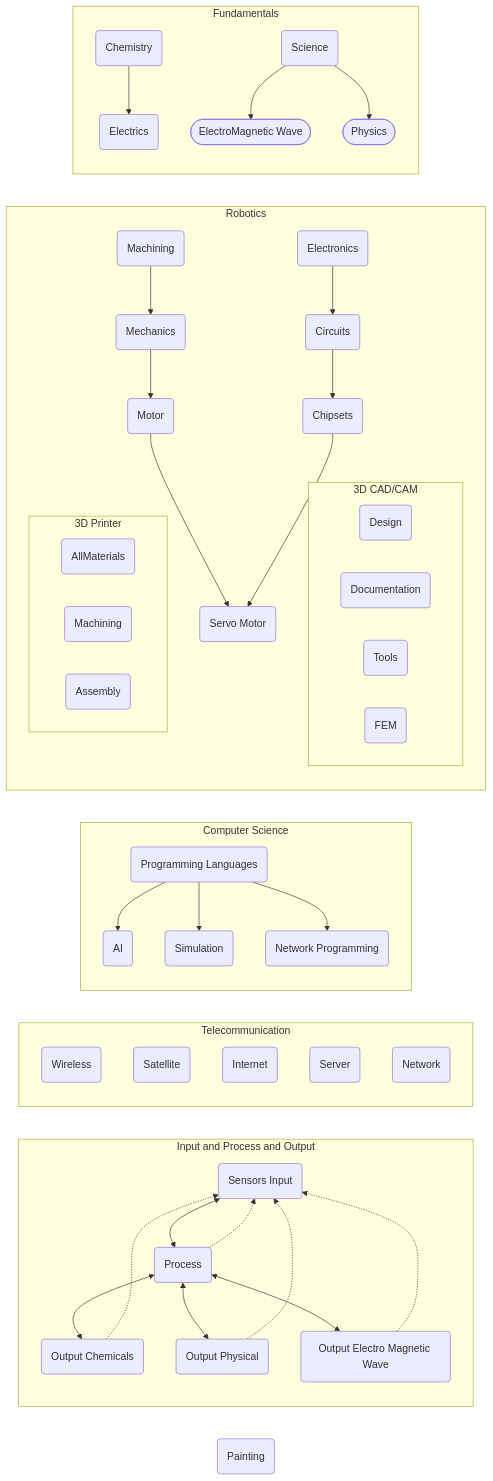
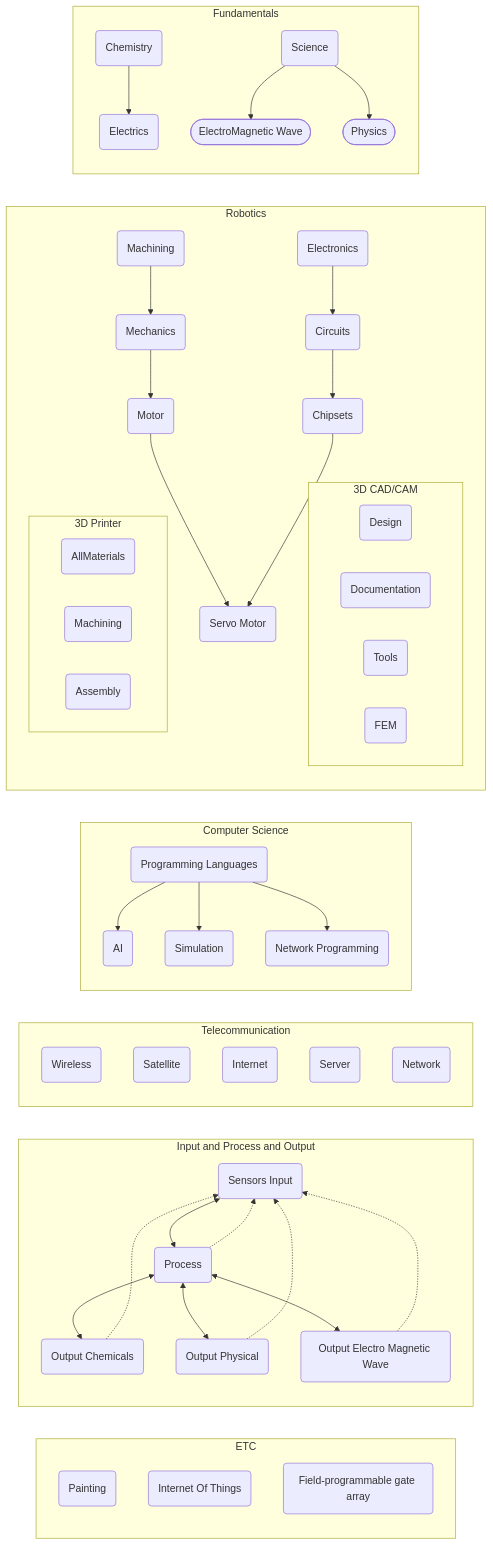
The diagram in README.md (nihonXIM/XIR), drawn with Mermaid before and after one commit. The commit also changed other lines of this file and 2 other files, not shown here.

Commit message:
始め

````diff
--- a/README.md
+++ b/README.md
@@ -21,7 +21,11 @@
 ```mermaid
 flowchart LR
-PT(Painting)
 
+subgraph ETC
+    PT(Painting) 
+    IoT(Internet Of Things)
+    FPGA(Field-programmable gate array)
+end
 
 
     subgraph Input and Process and Output
````
